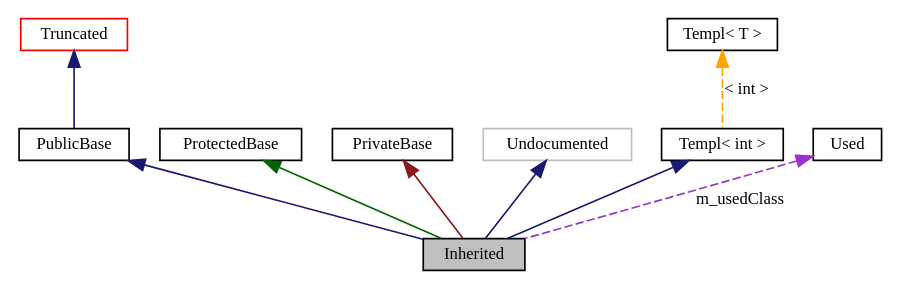
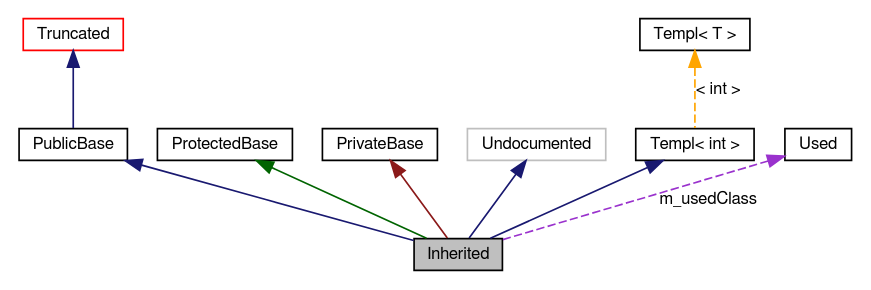
Before and after one commit to rgrapenthin/CrusDe: the diagram in doc_html/graph_legend.dot, drawn with Graphviz. The commit also changed 723 other files, not shown here.

```diff
--- a/doc_html/graph_legend.dot
+++ b/doc_html/graph_legend.dot
@@ -1,22 +1,22 @@
 digraph G
 {
-  edge [fontname="FreeSans.ttf",fontsize=10,labelfontname="FreeSans.ttf",labelfontsize=10];
-  node [fontname="FreeSans.ttf",fontsize=10,shape=record];
-  Node9 [shape="box",label="Inherited",fontsize=10,height=0.2,width=0.4,fontname="FreeSans.ttf",fillcolor="grey75",style="filled" fontcolor="black"];
-  Node10 -> Node9 [dir=back,color="midnightblue",fontsize=10,style="solid",fontname="FreeSans.ttf"];
-  Node10 [shape="box",label="PublicBase",fontsize=10,height=0.2,width=0.4,fontname="FreeSans.ttf",color="black",URL="$classPublicBase.html"];
-  Node11 -> Node10 [dir=back,color="midnightblue",fontsize=10,style="solid",fontname="FreeSans.ttf"];
-  Node11 [shape="box",label="Truncated",fontsize=10,height=0.2,width=0.4,fontname="FreeSans.ttf",color="red",URL="$classTruncated.html"];
-  Node13 -> Node9 [dir=back,color="darkgreen",fontsize=10,style="solid",fontname="FreeSans.ttf"];
-  Node13 [shape="box",label="ProtectedBase",fontsize=10,height=0.2,width=0.4,fontname="FreeSans.ttf",color="black",URL="$classProtectedBase.html"];
-  Node14 -> Node9 [dir=back,color="firebrick4",fontsize=10,style="solid",fontname="FreeSans.ttf"];
-  Node14 [shape="box",label="PrivateBase",fontsize=10,height=0.2,width=0.4,fontname="FreeSans.ttf",color="black",URL="$classPrivateBase.html"];
-  Node15 -> Node9 [dir=back,color="midnightblue",fontsize=10,style="solid",fontname="FreeSans.ttf"];
-  Node15 [shape="box",label="Undocumented",fontsize=10,height=0.2,width=0.4,fontname="FreeSans.ttf",color="grey75"];
-  Node16 -> Node9 [dir=back,color="midnightblue",fontsize=10,style="solid",fontname="FreeSans.ttf"];
-  Node16 [shape="box",label="Templ< int >",fontsize=10,height=0.2,width=0.4,fontname="FreeSans.ttf",color="black",URL="$classTempl.html"];
-  Node17 -> Node16 [dir=back,color="orange",fontsize=10,style="dashed",label="< int >",fontname="FreeSans.ttf"];
-  Node17 [shape="box",label="Templ< T >",fontsize=10,height=0.2,width=0.4,fontname="FreeSans.ttf",color="black",URL="$classTempl.html"];
-  Node18 -> Node9 [dir=back,color="darkorchid3",fontsize=10,style="dashed",label="m_usedClass",fontname="FreeSans.ttf"];
-  Node18 [shape="box",label="Used",fontsize=10,height=0.2,width=0.4,fontname="FreeSans.ttf",color="black",URL="$classUsed.html"];
+  edge [fontname="FreeSans",fontsize="10",labelfontname="FreeSans",labelfontsize="10"];
+  node [fontname="FreeSans",fontsize="10",shape=record];
+  Node9 [shape="box",label="Inherited",fontsize="10",height=0.2,width=0.4,fontname="FreeSans",fillcolor="grey75",style="filled" fontcolor="black"];
+  Node10 -> Node9 [dir=back,color="midnightblue",fontsize="10",style="solid",fontname="FreeSans"];
+  Node10 [shape="box",label="PublicBase",fontsize="10",height=0.2,width=0.4,fontname="FreeSans",color="black",URL="$classPublicBase.html"];
+  Node11 -> Node10 [dir=back,color="midnightblue",fontsize="10",style="solid",fontname="FreeSans"];
+  Node11 [shape="box",label="Truncated",fontsize="10",height=0.2,width=0.4,fontname="FreeSans",color="red",URL="$classTruncated.html"];
+  Node13 -> Node9 [dir=back,color="darkgreen",fontsize="10",style="solid",fontname="FreeSans"];
+  Node13 [shape="box",label="ProtectedBase",fontsize="10",height=0.2,width=0.4,fontname="FreeSans",color="black",URL="$classProtectedBase.html"];
+  Node14 -> Node9 [dir=back,color="firebrick4",fontsize="10",style="solid",fontname="FreeSans"];
+  Node14 [shape="box",label="PrivateBase",fontsize="10",height=0.2,width=0.4,fontname="FreeSans",color="black",URL="$classPrivateBase.html"];
+  Node15 -> Node9 [dir=back,color="midnightblue",fontsize="10",style="solid",fontname="FreeSans"];
+  Node15 [shape="box",label="Undocumented",fontsize="10",height=0.2,width=0.4,fontname="FreeSans",color="grey75"];
+  Node16 -> Node9 [dir=back,color="midnightblue",fontsize="10",style="solid",fontname="FreeSans"];
+  Node16 [shape="box",label="Templ< int >",fontsize="10",height=0.2,width=0.4,fontname="FreeSans",color="black",URL="$classTempl.html"];
+  Node17 -> Node16 [dir=back,color="orange",fontsize="10",style="dashed",label="< int >",fontname="FreeSans"];
+  Node17 [shape="box",label="Templ< T >",fontsize="10",height=0.2,width=0.4,fontname="FreeSans",color="black",URL="$classTempl.html"];
+  Node18 -> Node9 [dir=back,color="darkorchid3",fontsize="10",style="dashed",label="m_usedClass",fontname="FreeSans"];
+  Node18 [shape="box",label="Used",fontsize="10",height=0.2,width=0.4,fontname="FreeSans",color="black",URL="$classUsed.html"];
 }
```
